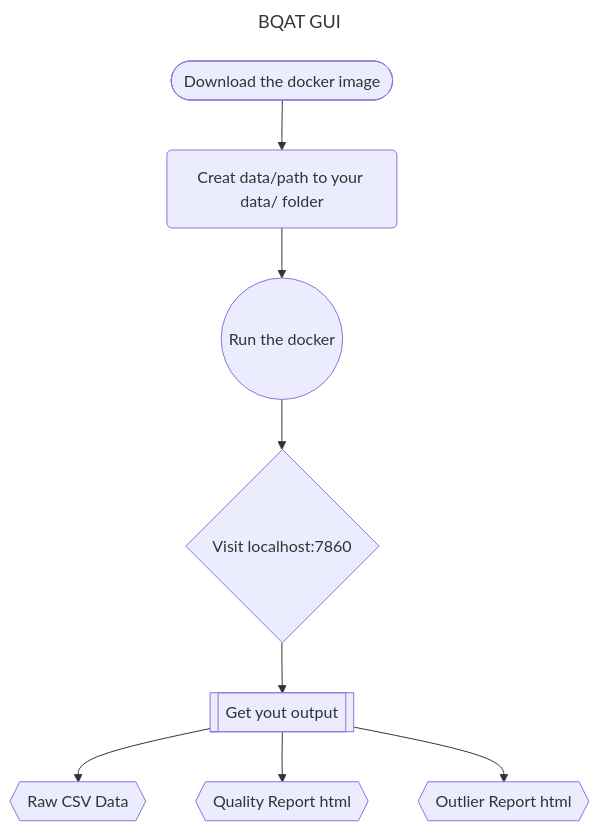
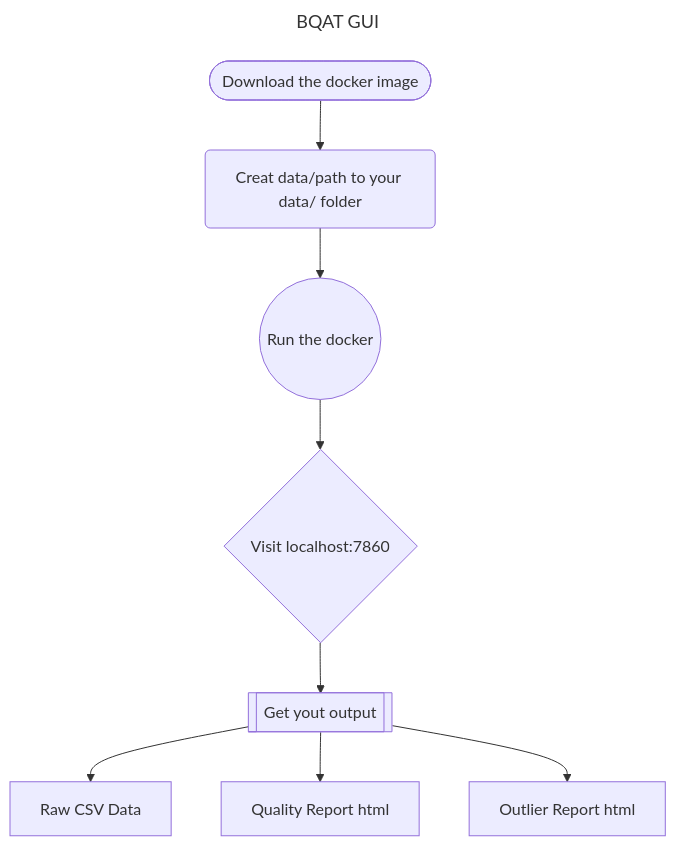
One commit to Biometix/biometix.github.io changed the diagram in solutions/gui.md. Above: the diagram before and after it, drawn with Mermaid. The commit also changed 3 other files, not shown here.

````diff
--- a/solutions/gui.md
+++ b/solutions/gui.md
@@ -22,14 +22,14 @@
 ``` mermaid
 ---
 title: BQAT GUI
 ---
 graph TD
     download([Download the docker image]) --> data(Creat data/path to your data/ folder)
     data(Creat data/path to your data/ folder) --> run((Run the docker))
     run((Run the docker)) --> web{Visit localhost:7860}
     web{Visit localhost:7860} --> output[[Get yout output]]
-    output[[Get yout output]] --> csv{{Raw CSV Data}}
-    output[[Get yout output]] --> report{{Quality Report html}}
-    output[[Get yout output]] --> outlier{{Outlier Report html}}
+    output[[Get yout output]] --> csv[Raw CSV Data]
+    output[[Get yout output]] --> report[Quality Report html]
+    output[[Get yout output]] --> outlier[Outlier Report html]
 
 ```
````
